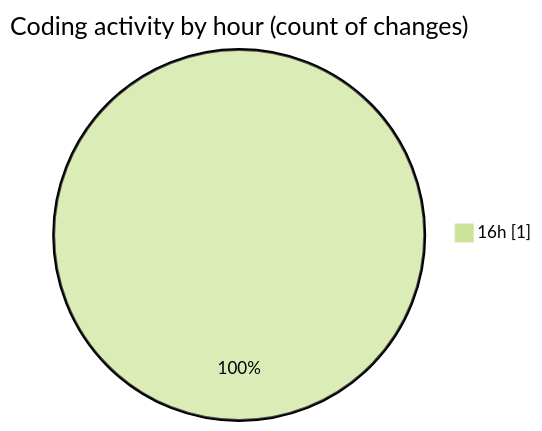
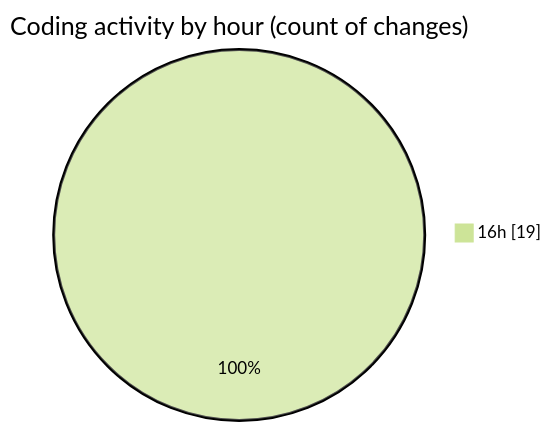
Before and after one commit to Netris89/code-tracking: the second of 2 diagrams in 2025-11-01/skintrack/README.md, drawn with Mermaid (forest theme). The commit also changed other lines of this file and 1 other file, not shown here.

````diff
--- a/2025-11-01/skintrack/README.md
+++ b/2025-11-01/skintrack/README.md
@@ -28,5 +30,5 @@
 ```mermaid
 pie showData
 title Coding activity by hour (count of changes)
-"16h" : 1
+"16h" : 19
 ```
````
